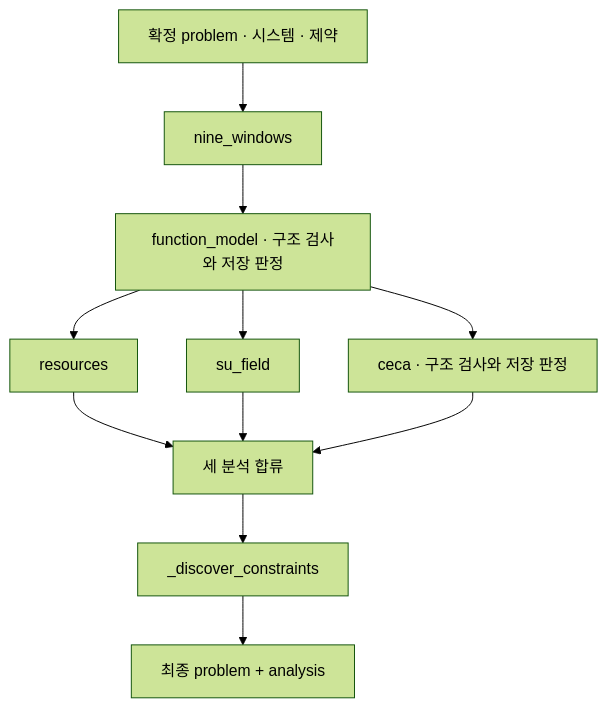
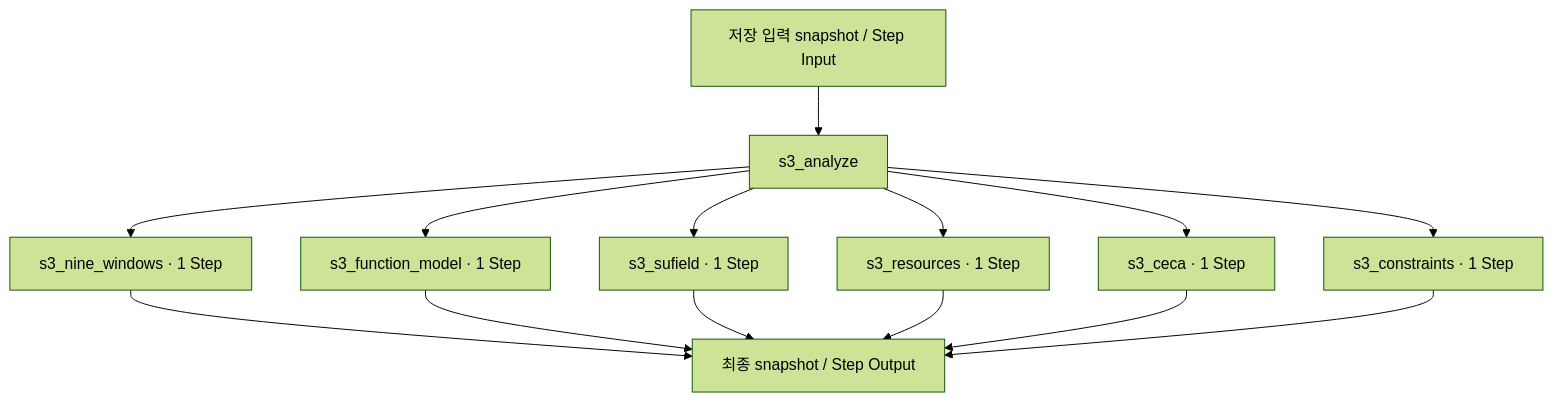
The diagram in docs/sample-data/rotation-serial-latest/stages/05-s3-analyze.md (equipment0226/triz_backend), drawn with Mermaid (forest theme) before and after one commit. The commit also changed other lines of this file and 1606 other files, not shown here.

````diff
--- a/docs/sample-data/rotation-serial-latest/stages/05-s3-analyze.md
+++ b/docs/sample-data/rotation-serial-latest/stages/05-s3-analyze.md
@@ -9,13 +11,16 @@
 ```mermaid
 flowchart TD
-    I["확정 problem · 시스템 · 제약"] --> N["nine_windows"]
-    N --> F["function_model · 구조 검사와 저장 판정"]
-    F --> R["resources"]
-    F --> S["su_field"]
-    F --> C["ceca · 구조 검사와 저장 판정"]
-    R --> J["세 분석 합류"]
-    S --> J
-    C --> J
-    J --> D["_discover_constraints"]
-    D --> O["최종 problem + analysis"]
+    I["저장 입력 snapshot / Step Input"] --> S["s3_analyze"]
+    S --> P0["s3_nine_windows · 1 Step"]
+    P0 --> O["최종 snapshot / Step Output"]
+    S --> P1["s3_function_model · 1 Step"]
+    P1 --> O["최종 snapshot / Step Output"]
+    S --> P2["s3_sufield · 1 Step"]
+    P2 --> O["최종 snapshot / Step Output"]
+    S --> P3["s3_resources · 1 Step"]
+    P3 --> O["최종 snapshot / Step Output"]
+    S --> P4["s3_ceca · 1 Step"]
+    P4 --> O["최종 snapshot / Step Output"]
+    S --> P5["s3_constraints · 1 Step"]
+    P5 --> O["최종 snapshot / Step Output"]
 ```
````
